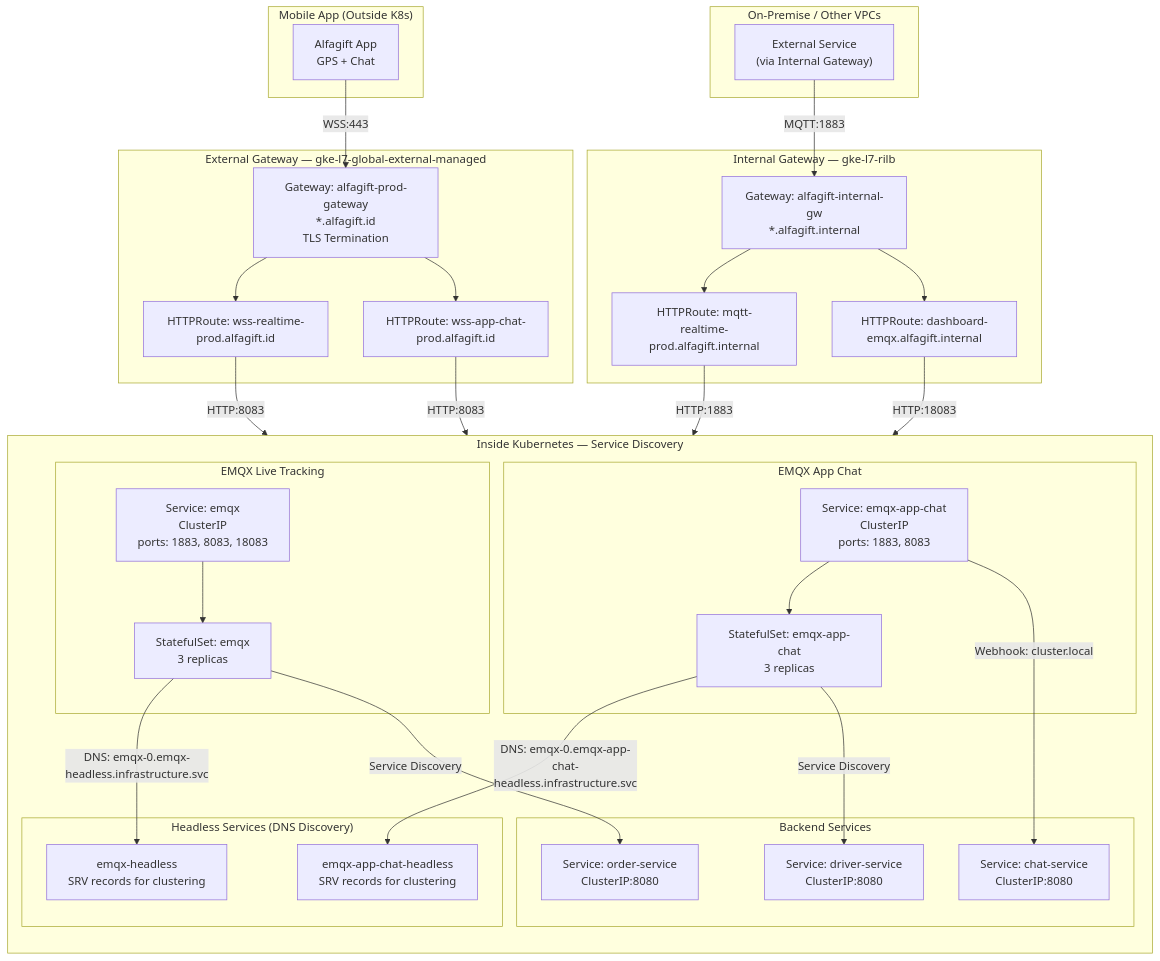
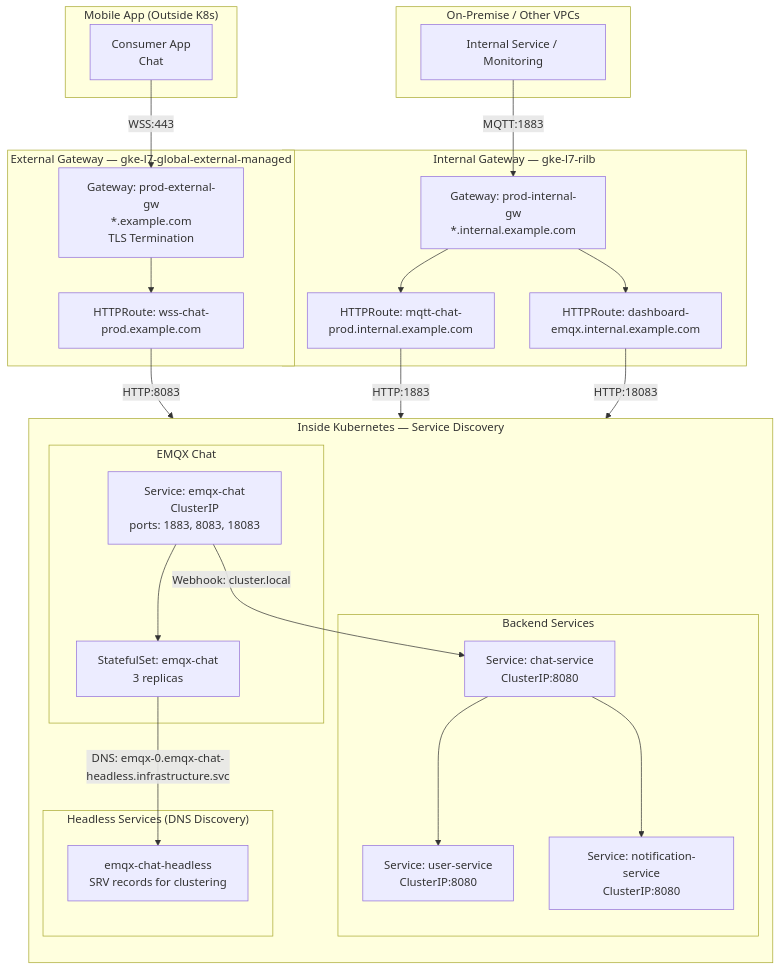
One commit to ahmadnurhidayat/docs changed the third of 5 diagrams in src/content/docs/04-conferences/kcd-indonesia-2026/presentation-draft.md. Above: the diagram before and after it, drawn with Mermaid. The commit also changed other lines of this file and 5 other files, not shown here.

````diff
--- a/src/content/docs/04-conferences/kcd-indonesia-2026/presentation-draft.md
+++ b/src/content/docs/04-conferences/kcd-indonesia-2026/presentation-draft.md
@@ -114,64 +119,53 @@
 ```mermaid
 flowchart TB
     subgraph MOBILE["Mobile App (Outside K8s)"]
-        APP["Alfagift App<br/>GPS + Chat"]
+        APP["Consumer App<br/>Chat"]
     end
 
     subgraph EXTERNAL["External Gateway — gke-l7-global-external-managed"]
-        EXT_GW["Gateway: alfagift-prod-gateway<br/>*.alfagift.id<br/>TLS Termination"]
-        EXT_ROUTE_1["HTTPRoute: wss-realtime-prod.alfagift.id"]
-        EXT_ROUTE_2["HTTPRoute: wss-app-chat-prod.alfagift.id"]
+        EXT_GW["Gateway: prod-external-gw<br/>*.example.com<br/>TLS Termination"]
+        EXT_ROUTE["HTTPRoute: wss-chat-prod.example.com"]
     end
 
     subgraph INTERNAL["Internal Gateway — gke-l7-rilb"]
-        INT_GW["Gateway: alfagift-internal-gw<br/>*.alfagift.internal"]
-        INT_ROUTE_1["HTTPRoute: mqtt-realtime-prod.alfagift.internal"]
-        INT_ROUTE_2["HTTPRoute: dashboard-emqx.alfagift.internal"]
+        INT_GW["Gateway: prod-internal-gw<br/>*.internal.example.com"]
+        INT_ROUTE_1["HTTPRoute: mqtt-chat-prod.internal.example.com"]
+        INT_ROUTE_2["HTTPRoute: dashboard-emqx.internal.example.com"]
     end
 
     subgraph K8S["Inside Kubernetes — Service Discovery"]
         direction TB
-        subgraph EMQX_LIVE["EMQX Live Tracking"]
-            SVC_LIVE["Service: emqx<br/>ClusterIP<br/>ports: 1883, 8083, 18083"]
-            STS_LIVE["StatefulSet: emqx<br/>3 replicas"]
-        end
-        subgraph EMQX_CHAT["EMQX App Chat"]
-            SVC_CHAT["Service: emqx-app-chat<br/>ClusterIP<br/>ports: 1883, 8083"]
-            STS_CHAT["StatefulSet: emqx-app-chat<br/>3 replicas"]
+        subgraph EMQX_CHAT["EMQX Chat"]
+            SVC_CHAT["Service: emqx-chat<br/>ClusterIP<br/>ports: 1883, 8083, 18083"]
+            STS_CHAT["StatefulSet: emqx-chat<br/>3 replicas"]
         end
         subgraph BACKEND["Backend Services"]
             CHAT_ENGINE["Service: chat-service<br/>ClusterIP:8080"]
-            ORDER_SVC["Service: order-service<br/>ClusterIP:8080"]
-            DRIVER_SVC["Service: driver-service<br/>ClusterIP:8080"]
+            USER_SVC["Service: user-service<br/>ClusterIP:8080"]
+            NOTIF_SVC["Service: notification-service<br/>ClusterIP:8080"]
         end
         subgraph HEADLESS["Headless Services (DNS Discovery)"]
-            HD_LIVE["emqx-headless<br/>SRV records for clustering"]
-            HD_CHAT["emqx-app-chat-headless<br/>SRV records for clustering"]
+            HD_CHAT["emqx-chat-headless<br/>SRV records for clustering"]
         end
     end
 
     subgraph ON_PREM["On-Premise / Other VPCs"]
-        EXT_SVC["External Service<br/>(via Internal Gateway)"]
+        EXT_SVC["Internal Service / Monitoring"]
     end
 
     APP -->|"WSS:443"| EXT_GW
-    EXT_GW --> EXT_ROUTE_1
-    EXT_GW --> EXT_ROUTE_2
-    EXT_ROUTE_1 -->|"HTTP:8083"| SVC_LIVE
-    EXT_ROUTE_2 -->|"HTTP:8083"| SVC_CHAT
+    EXT_GW --> EXT_ROUTE
+    EXT_ROUTE -->|"HTTP:8083"| SVC_CHAT
 
     EXT_SVC -->|"MQTT:1883"| INT_GW
     INT_GW --> INT_ROUTE_1
     INT_GW --> INT_ROUTE_2
-    INT_ROUTE_1 -->|"HTTP:1883"| SVC_LIVE
+    INT_ROUTE_1 -->|"HTTP:1883"| SVC_CHAT
     INT_ROUTE_2 -->|"HTTP:18083"| SVC_CHAT
 
-    SVC_LIVE --> STS_LIVE
     SVC_CHAT --> STS_CHAT
-    STS_LIVE -->|"DNS: emqx-0.emqx-headless.infrastructure.svc"| HD_LIVE
-    STS_CHAT -->|"DNS: emqx-0.emqx-app-chat-headless.infrastructure.svc"| HD_CHAT
-
+    STS_CHAT -->|"DNS: emqx-0.emqx-chat-headless.infrastructure.svc"| HD_CHAT
     SVC_CHAT -->|"Webhook: cluster.local"| CHAT_ENGINE
-    STS_LIVE -->|"Service Discovery"| ORDER_SVC
-    STS_CHAT -->|"Service Discovery"| DRIVER_SVC
+    CHAT_ENGINE --> USER_SVC
+    CHAT_ENGINE --> NOTIF_SVC
 ```
````
